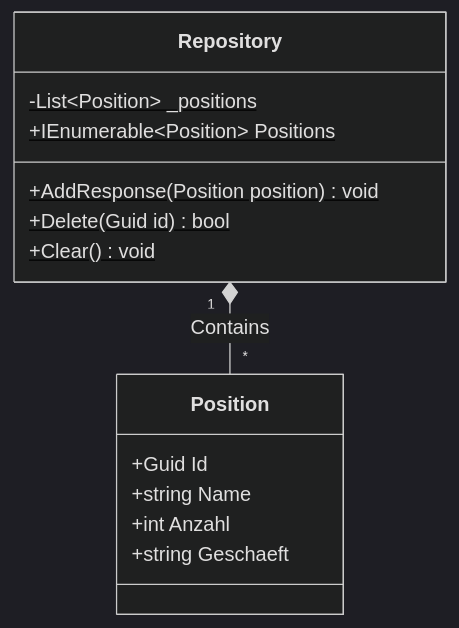
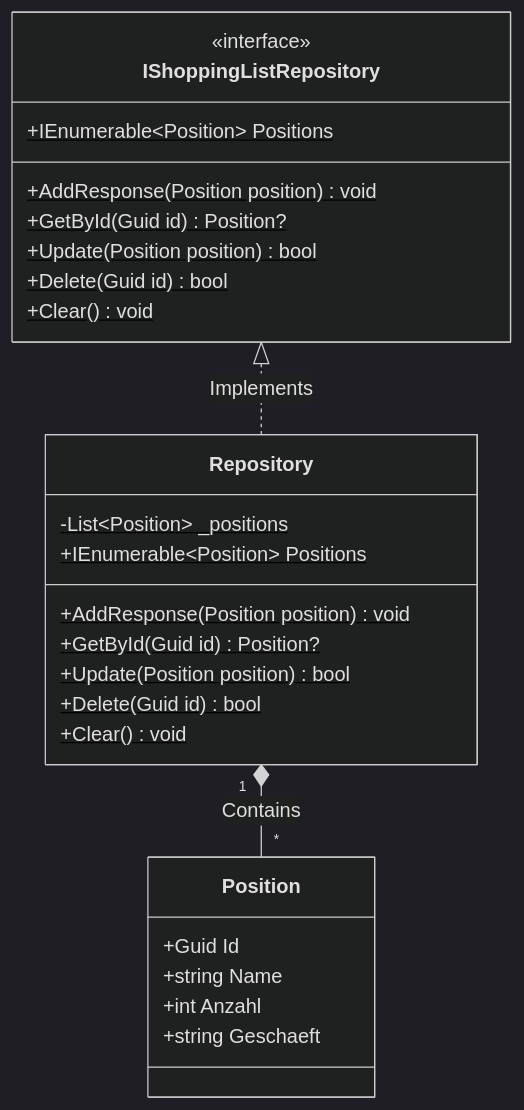
One commit to T-Boyke/C-Sharp-ASP-Fundamentals changed the third of 4 diagrams in 04_ShoppingList/docs/Architektur_Einkaufsliste.md. Above: the diagram before and after it, drawn with Mermaid (dark theme). The commit also changed other lines of this file and 2 other files, not shown here.

Commit message:
Docs: Update architecture and READMEs for new features

````diff
--- a/04_ShoppingList/docs/Architektur_Einkaufsliste.md
+++ b/04_ShoppingList/docs/Architektur_Einkaufsliste.md
@@ -88,20 +104,33 @@
 ```mermaid
 classDiagram
     direction TB
     class Position {
         +Guid Id
         +string Name
         +int Anzahl
         +string Geschaeft
     }
     
+    class IShoppingListRepository {
+        <<interface>>
+        +IEnumerable~Position~ Positions$
+        +AddResponse(Position position)$ void
+        +GetById(Guid id)$ Position?
+        +Update(Position position)$ bool
+        +Delete(Guid id)$ bool
+        +Clear()$ void
+    }
+
     class Repository {
         -List~Position~ _positions$
         +IEnumerable~Position~ Positions$
         +AddResponse(Position position)$ void
+        +GetById(Guid id)$ Position?
+        +Update(Position position)$ bool
         +Delete(Guid id)$ bool
         +Clear()$ void
     }
     
+    IShoppingListRepository <|.. Repository : Implements
     Repository "1" *-- "*" Position : Contains
 ```
````
